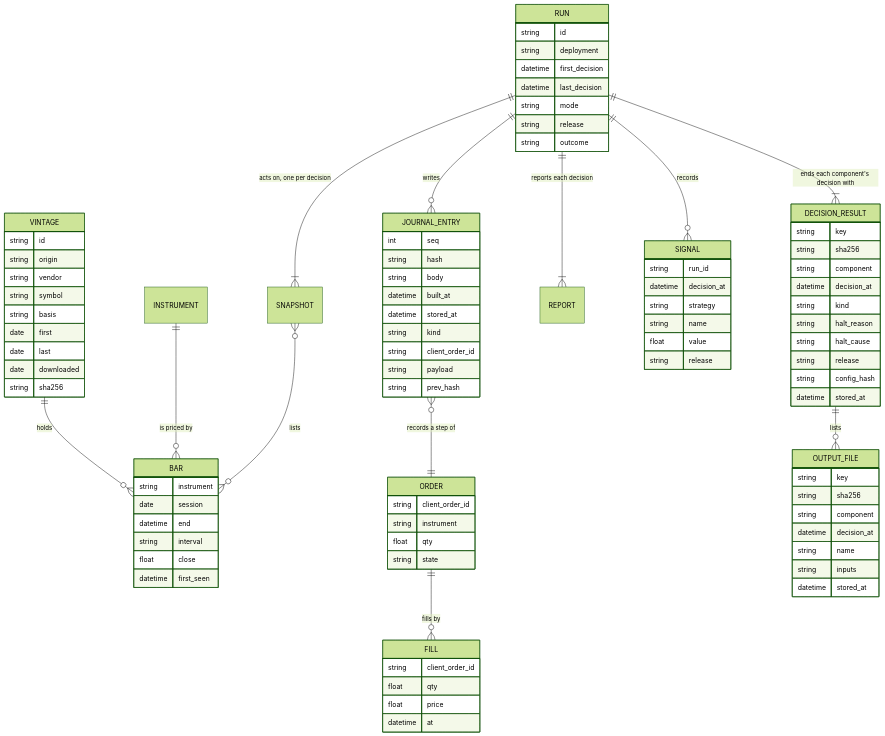
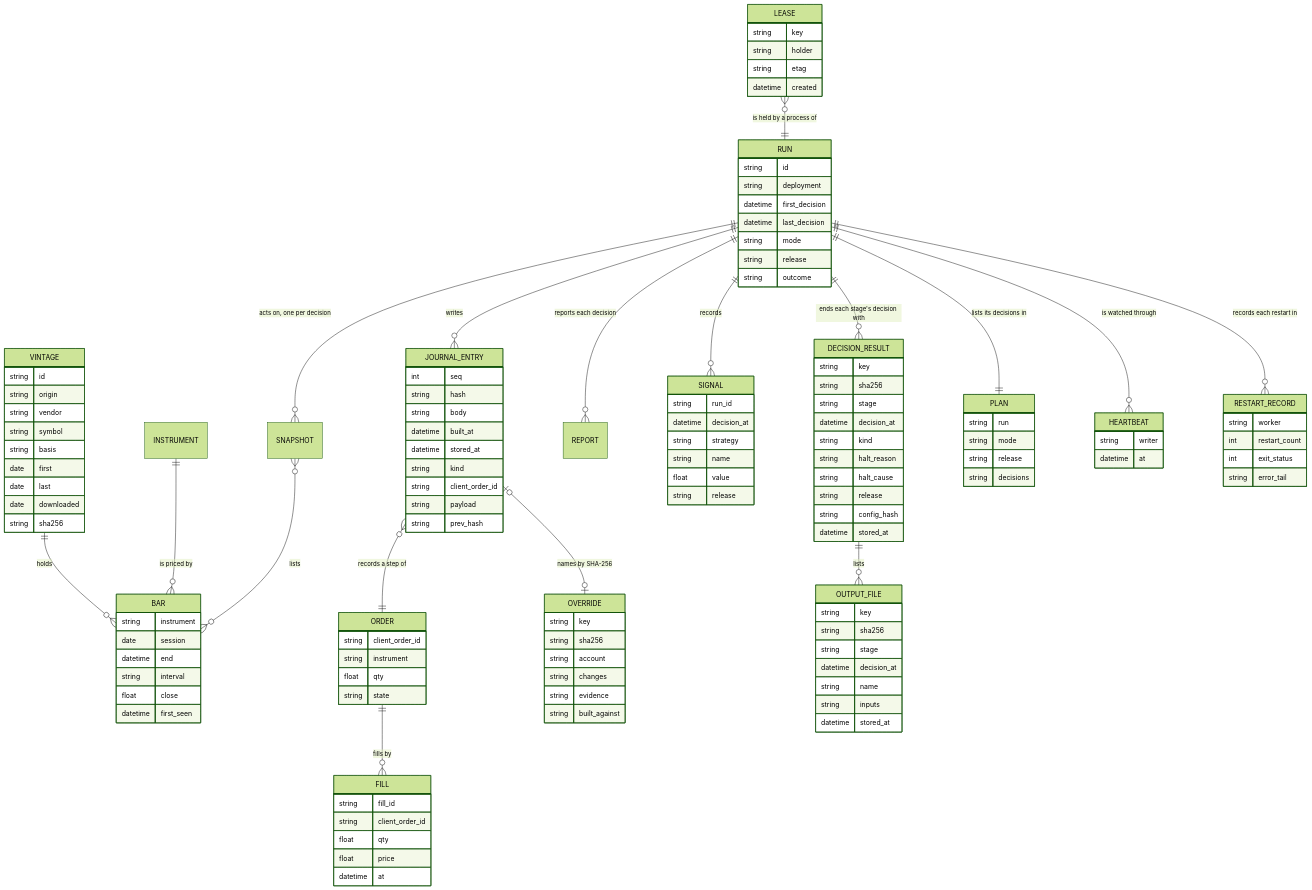
Before and after one commit to l3a0/ithildin-runtime: diagram 14 of 16 in docs/architecture.md, drawn with Mermaid (forest theme). The commit also changed other lines of this file and 2 other files, not shown here.

First line of the commit message:
docs(architecture): scrub the diagrams and prose against the latest design

````diff
--- a/docs/architecture.md
+++ b/docs/architecture.md
@@ -1517,15 +1557,20 @@
 erDiagram
     VINTAGE ||--o{ BAR : "holds"
     INSTRUMENT ||--o{ BAR : "is priced by"
-    RUN ||--|{ SNAPSHOT : "acts on, one per decision"
+    RUN ||--o{ SNAPSHOT : "acts on, one per decision"
     SNAPSHOT }o--o{ BAR : "lists"
     RUN ||--o{ JOURNAL_ENTRY : "writes"
     JOURNAL_ENTRY }o--|| ORDER : "records a step of"
     ORDER ||--o{ FILL : "fills by"
-    RUN ||--|{ REPORT : "reports each decision"
+    RUN ||--o{ REPORT : "reports each decision"
     RUN ||--o{ SIGNAL : "records"
-    RUN ||--|{ DECISION_RESULT : "ends each component's decision with"
+    RUN ||--o{ DECISION_RESULT : "ends each stage's decision with"
     DECISION_RESULT ||--o{ OUTPUT_FILE : "lists"
+    RUN ||--|| PLAN : "lists its decisions in"
+    RUN ||--o{ HEARTBEAT : "is watched through"
+    RUN ||--o{ RESTART_RECORD : "records each restart in"
+    JOURNAL_ENTRY |o--o| OVERRIDE : "names by SHA-256"
+    LEASE }o--|| RUN : "is held by a process of"
 
     VINTAGE {
         string id
@@ -1566,7 +1611,7 @@
     DECISION_RESULT {
         string key
         string sha256
-        string component
+        string stage
         datetime decision_at
         string kind
         string halt_reason
@@ -1578,7 +1623,7 @@
     OUTPUT_FILE {
         string key
         string sha256
-        string component
+        string stage
         datetime decision_at
         string name
         string inputs
@@ -1602,9 +1647,40 @@
         string state
     }
     FILL {
+        string fill_id
         string client_order_id
         float qty
         float price
         datetime at
     }
+    PLAN {
+        string run
+        string mode
+        string release
+        string decisions
+    }
+    HEARTBEAT {
+        string writer
+        datetime at
+    }
+    RESTART_RECORD {
+        string worker
+        int restart_count
+        int exit_status
+        string error_tail
+    }
+    LEASE {
+        string key
+        string holder
+        string etag
+        datetime created
+    }
+    OVERRIDE {
+        string key
+        string sha256
+        string account
+        string changes
+        string evidence
+        string built_against
+    }
 ```
````
